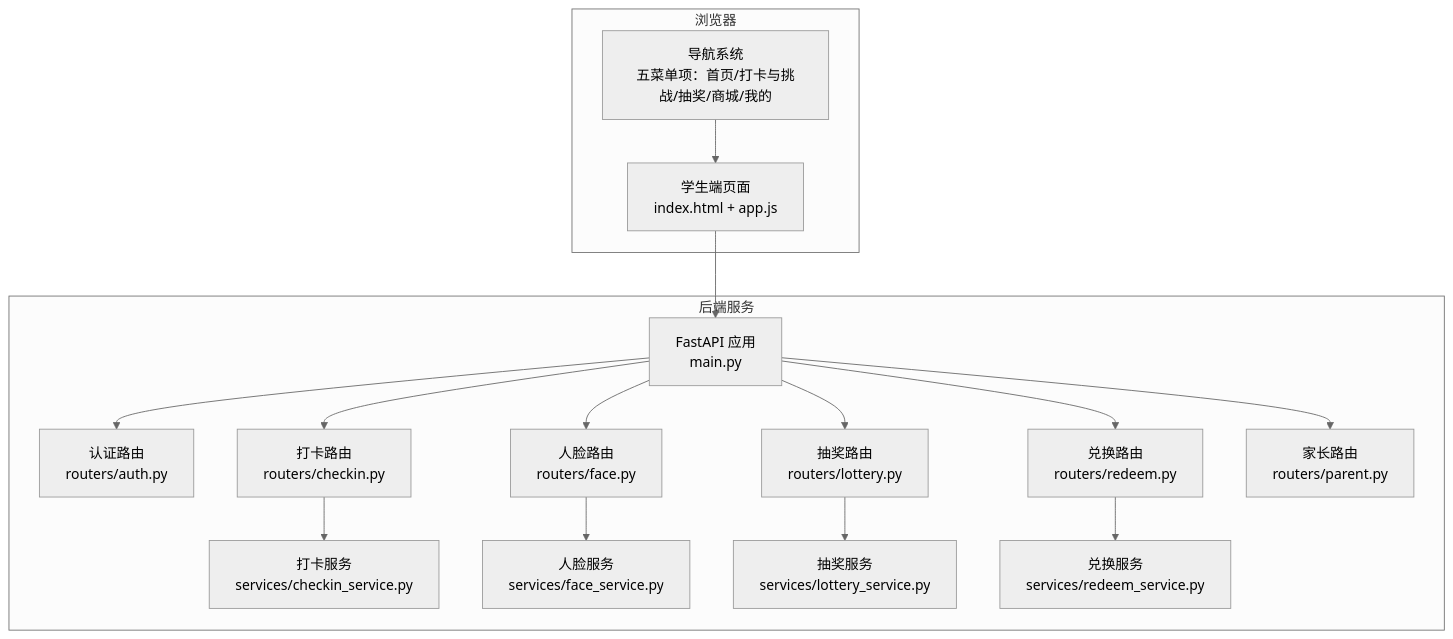
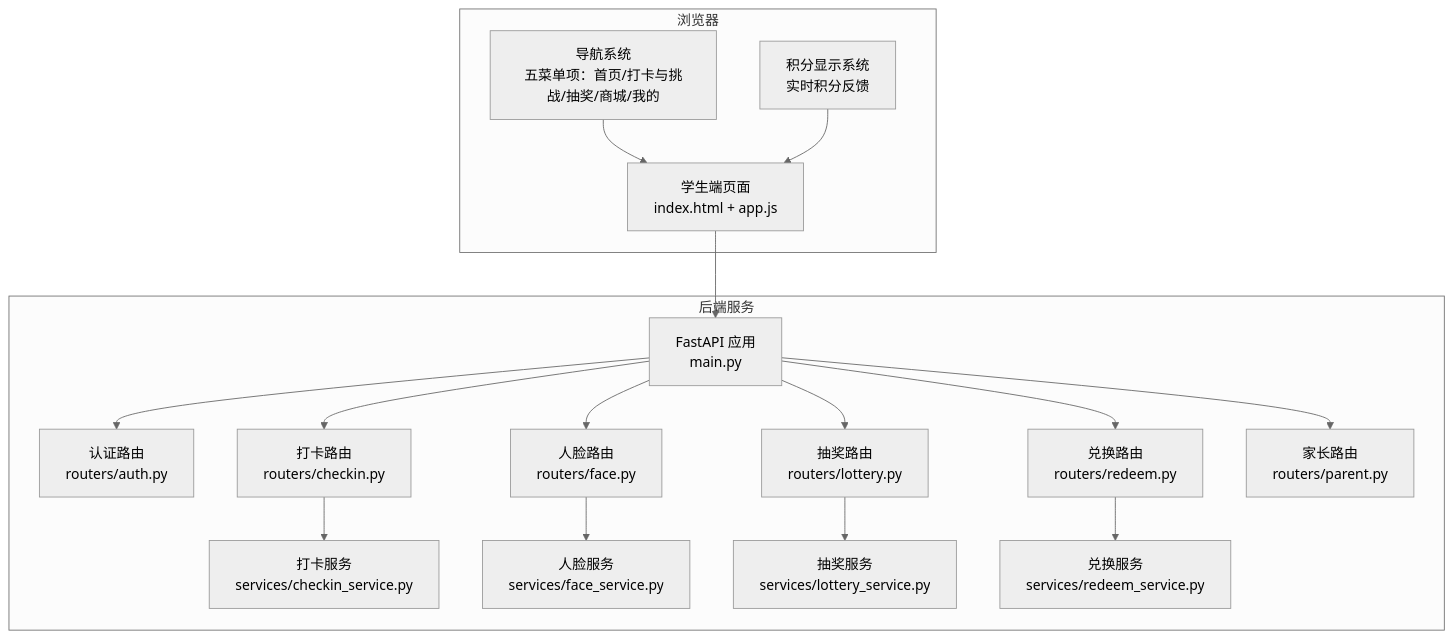
Before and after one commit to onebody/homework: the first of 15 diagrams in .qoder/repowiki/zh/content/暑假作业打卡系统/前端应用设计/学生端应用.md, drawn with Mermaid (neutral theme). The commit also changed other lines of this file and 16 other files, not shown here.

````diff
--- a/.qoder/repowiki/zh/content/暑假作业打卡系统/前端应用设计/学生端应用.md
+++ b/.qoder/repowiki/zh/content/暑假作业打卡系统/前端应用设计/学生端应用.md
@@ -54,32 +53,34 @@
 ```mermaid
 graph TB
 subgraph "浏览器"
 UI["学生端页面<br/>index.html + app.js"]
 NAV["导航系统<br/>五菜单项：首页/打卡与挑战/抽奖/商城/我的"]
+POINTS["积分显示系统<br/>实时积分反馈"]
 end
 subgraph "后端服务"
 APP["FastAPI 应用<br/>main.py"]
 AUTH["认证路由<br/>routers/auth.py"]
 CHECKIN["打卡路由<br/>routers/checkin.py"]
 FACE["人脸路由<br/>routers/face.py"]
 LOTTERY["抽奖路由<br/>routers/lottery.py"]
 REDEEM["兑换路由<br/>routers/redeem.py"]
 PARENT["家长路由<br/>routers/parent.py"]
 CSVC["打卡服务<br/>services/checkin_service.py"]
 FSVC["人脸服务<br/>services/face_service.py"]
 LSVC["抽奖服务<br/>services/lottery_service.py"]
 RSVC["兑换服务<br/>services/redeem_service.py"]
 end
 UI --> APP
 NAV --> UI
+POINTS --> UI
 APP --> AUTH
 APP --> CHECKIN
 APP --> FACE
 APP --> LOTTERY
 APP --> REDEEM
 APP --> PARENT
 CHECKIN --> CSVC
 FACE --> FSVC
 LOTTERY --> LSVC
 REDEEM --> RSVC
 ```
````
